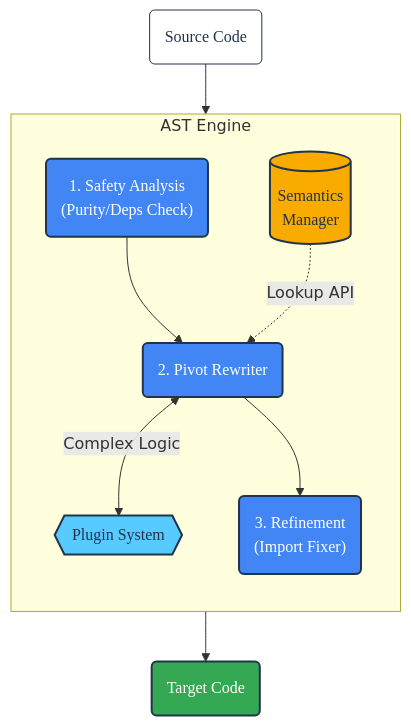
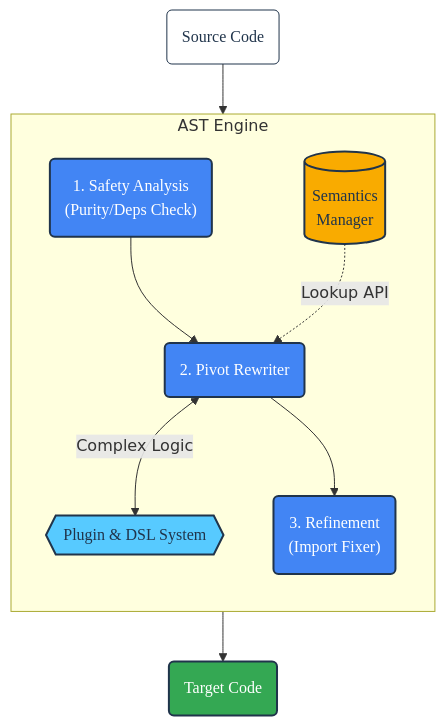
The second of 2 diagrams in ARCHITECTURE.md (SamuelMarks/ml-switcheroo), drawn with Mermaid before and after one commit. The commit also changed other lines of this file and 3 other files, not shown here.

Commit message:
[tests/frameworks/test_jax_adapter_inheritance.py] CI fix ; [{ARCHITECTURE,EXTENDING,EXTENDING_WITH_DSL}.md] Update to reflect current state

````diff
--- a/ARCHITECTURE.md
+++ b/ARCHITECTURE.md
@@ -91,37 +90,37 @@
 ```mermaid
 graph TD
     %% --- STYLE DEFINITIONS ---
     classDef default font-family:'Google Sans',color:#20344b,stroke:#20344b;
     classDef artifact fill:#ffffff,stroke:#20344b,stroke-width:1px,color:#20344b,font-family:'Roboto Mono',stroke-dasharray: 0;
     classDef process fill:#4285f4,stroke:#20344b,stroke-width:2px,color:#ffffff,font-family:'Google Sans',rx:5px;
     classDef kb fill:#f9ab00,stroke:#20344b,stroke-width:2px,color:#20344b,font-family:'Google Sans',rx:5px;
     classDef plugin fill:#57caff,stroke:#20344b,stroke-width:2px,color:#20344b,font-family:'Google Sans',rx:5px;
     classDef output fill:#34a853,stroke:#20344b,stroke-width:2px,color:#ffffff,font-family:'Google Sans',rx:5px;
 
     %% --- NODES ---
     SRC("Source Code"):::artifact
     
     subgraph ENGINE ["AST Engine"]
         direction TB
         ANALYSIS("1. Safety Analysis<br/>(Purity/Deps Check)"):::process
         
         SERVER[("Semantics<br/>Manager")]:::kb
         
         REWRITER("2. Pivot Rewriter"):::process
-        PLUGINS{{Plugin System}}:::plugin
+        PLUGINS{{Plugin & DSL System}}:::plugin
         
         FIXER("3. Refinement<br/>(Import Fixer)"):::process
     end
     
     TGT("Target Code"):::output
 
     %% --- EDGES ---
     SRC --> ANALYSIS
     ANALYSIS --> REWRITER
     
     SERVER -.->|"Lookup API"| REWRITER
     REWRITER <-->|"Complex Logic"| PLUGINS
     
     REWRITER --> FIXER
     FIXER --> TGT
 ```
````
